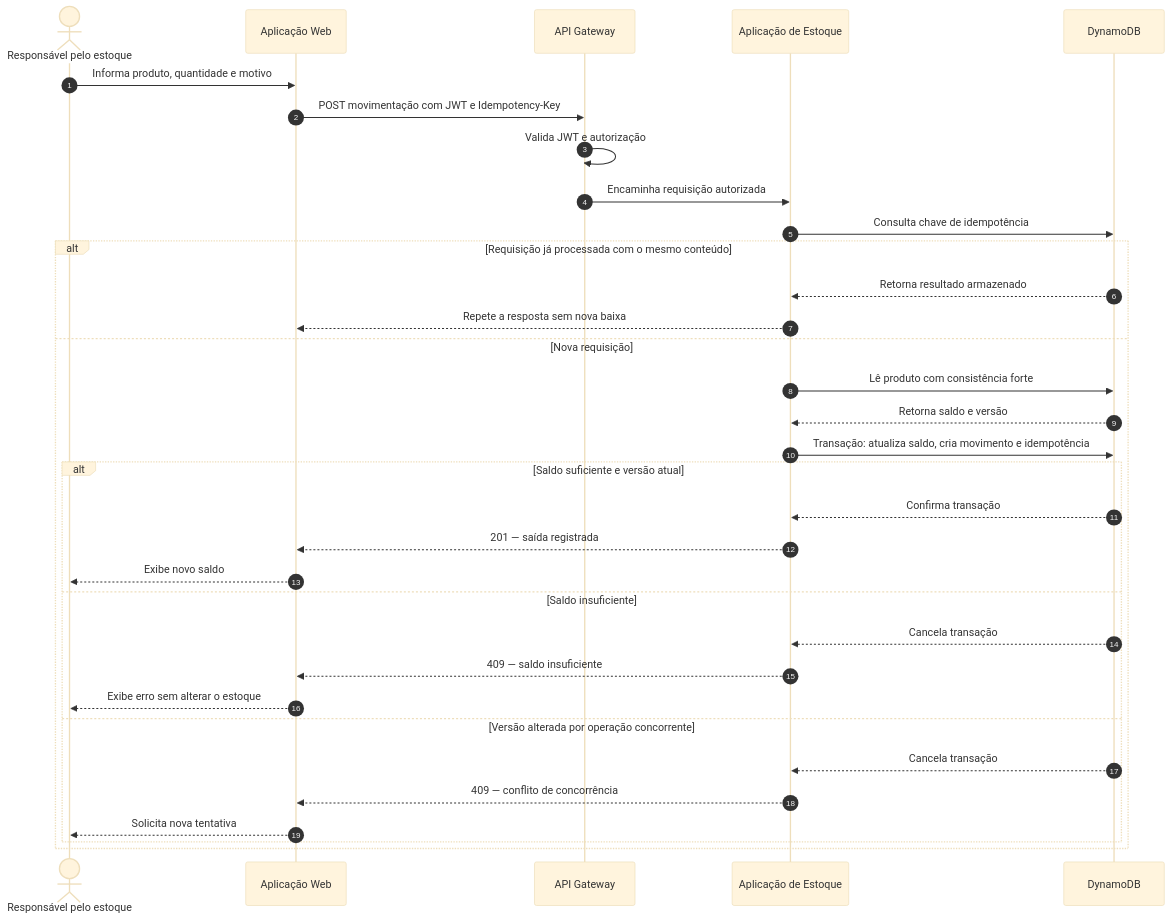
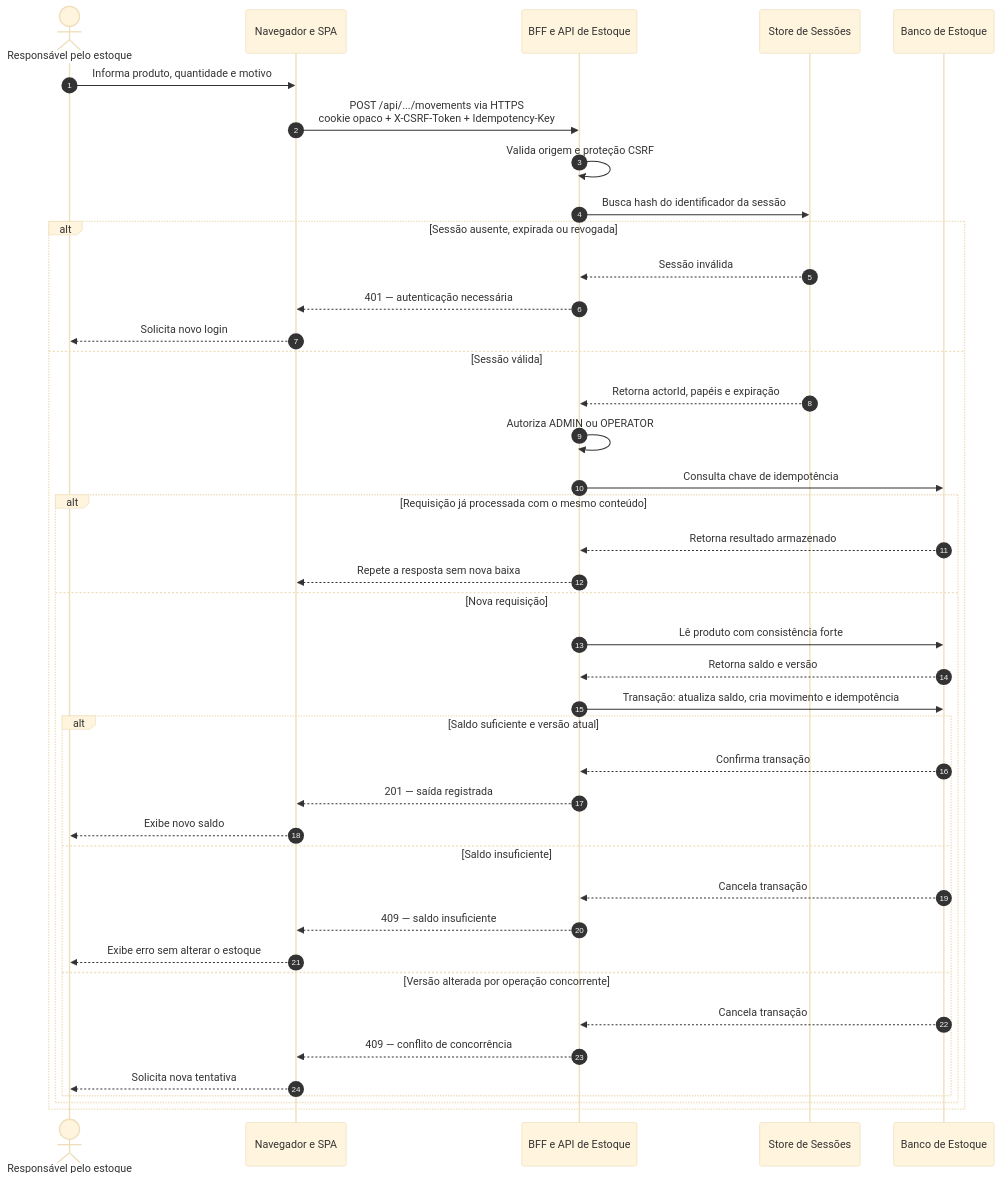
The second of 2 diagrams in README.md (TiagoAlves14/estoque-congregacional), drawn with Mermaid (base theme) before and after one commit. The commit also changed other lines of this file and 21 other files, not shown here.

Commit message:
docs: adota BFF e reforça segurança da autenticação

````diff
--- a/README.md
+++ b/README.md
@@ -86,37 +102,46 @@
 ```mermaid
 sequenceDiagram
     autonumber
     actor Usuario as Responsável pelo estoque
-    participant Web as Aplicação Web
-    participant API as API Gateway
-    participant App as Aplicação de Estoque
-    participant DB as DynamoDB
+    participant Web as Navegador e SPA
+    participant BFF as BFF e API de Estoque
+    participant Sessao as Store de Sessões
+    participant Estoque as Banco de Estoque
 
     Usuario->>Web: Informa produto, quantidade e motivo
-    Web->>API: POST movimentação com JWT e Idempotency-Key
-    API->>API: Valida JWT e autorização
-    API->>App: Encaminha requisição autorizada
-    App->>DB: Consulta chave de idempotência
+    Web->>BFF: POST /api/.../movements via HTTPS<br/>cookie opaco + X-CSRF-Token + Idempotency-Key
+    BFF->>BFF: Valida origem e proteção CSRF
+    BFF->>Sessao: Busca hash do identificador da sessão
 
-    alt Requisição já processada com o mesmo conteúdo
-        DB-->>App: Retorna resultado armazenado
-        App-->>Web: Repete a resposta sem nova baixa
-    else Nova requisição
-        App->>DB: Lê produto com consistência forte
-        DB-->>App: Retorna saldo e versão
-        App->>DB: Transação: atualiza saldo, cria movimento e idempotência
-        alt Saldo suficiente e versão atual
-            DB-->>App: Confirma transação
-            App-->>Web: 201 — saída registrada
-            Web-->>Usuario: Exibe novo saldo
-        else Saldo insuficiente
-            DB-->>App: Cancela transação
-            App-->>Web: 409 — saldo insuficiente
-            Web-->>Usuario: Exibe erro sem alterar o estoque
-        else Versão alterada por operação concorrente
-            DB-->>App: Cancela transação
-            App-->>Web: 409 — conflito de concorrência
-            Web-->>Usuario: Solicita nova tentativa
+    alt Sessão ausente, expirada ou revogada
+        Sessao-->>BFF: Sessão inválida
+        BFF-->>Web: 401 — autenticação necessária
+        Web-->>Usuario: Solicita novo login
+    else Sessão válida
+        Sessao-->>BFF: Retorna actorId, papéis e expiração
+        BFF->>BFF: Autoriza ADMIN ou OPERATOR
+        BFF->>Estoque: Consulta chave de idempotência
+
+        alt Requisição já processada com o mesmo conteúdo
+            Estoque-->>BFF: Retorna resultado armazenado
+            BFF-->>Web: Repete a resposta sem nova baixa
+        else Nova requisição
+            BFF->>Estoque: Lê produto com consistência forte
+            Estoque-->>BFF: Retorna saldo e versão
+            BFF->>Estoque: Transação: atualiza saldo, cria movimento e idempotência
+            alt Saldo suficiente e versão atual
+                Estoque-->>BFF: Confirma transação
+                BFF-->>Web: 201 — saída registrada
+                Web-->>Usuario: Exibe novo saldo
+            else Saldo insuficiente
+                Estoque-->>BFF: Cancela transação
+                BFF-->>Web: 409 — saldo insuficiente
+                Web-->>Usuario: Exibe erro sem alterar o estoque
+            else Versão alterada por operação concorrente
+                Estoque-->>BFF: Cancela transação
+                BFF-->>Web: 409 — conflito de concorrência
+                Web-->>Usuario: Solicita nova tentativa
+            end
         end
     end
 ```
````
